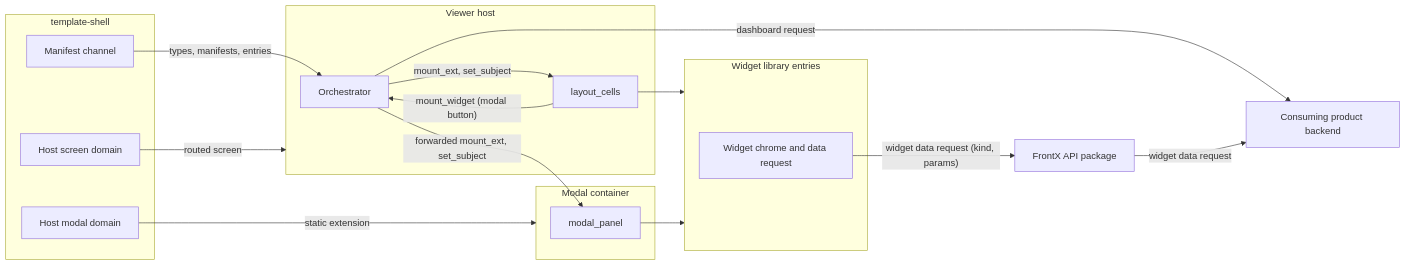
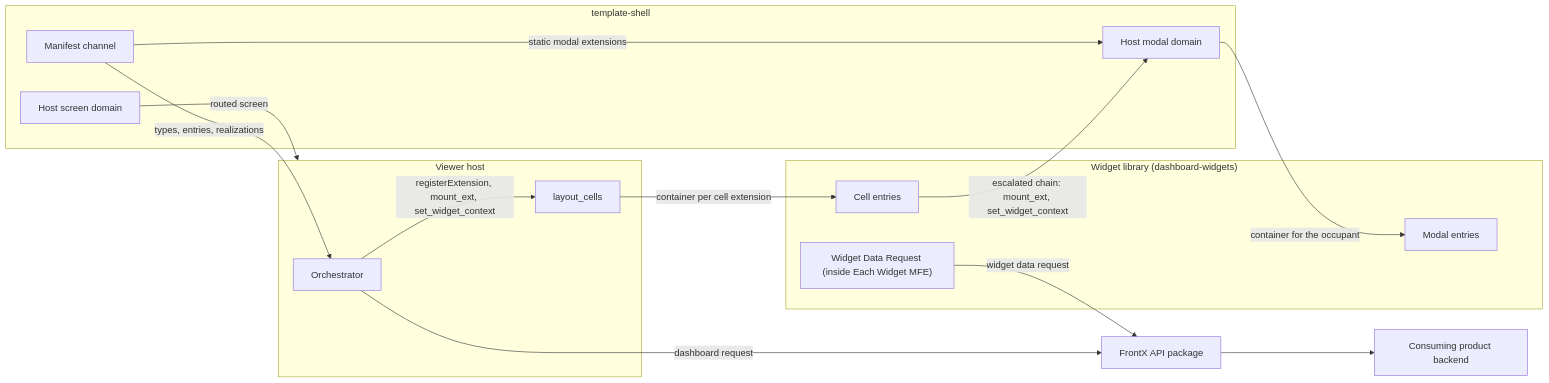
One commit to AndrejK666/gears-frontx-templates changed the second of 8 diagrams in template-dashboard/architecture/DESIGN.md. Above: the diagram before and after it, drawn with Mermaid. The commit also changed other lines of this file and 22 other files, not shown here.

Commit message:
docs(template-dashboard): per-widget metric requests and widget realizations

````diff
--- a/template-dashboard/architecture/DESIGN.md
+++ b/template-dashboard/architecture/DESIGN.md
@@ -358,32 +391,30 @@
 ```mermaid
 graph LR
     subgraph Shell["template-shell"]
         SCR["Host screen domain"]
         POP["Host modal domain"]
         MAN["Manifest channel"]
     end
     subgraph VH["Viewer host"]
         ORC["Orchestrator"]
         LC["layout_cells"]
     end
-    subgraph MC["Modal container"]
-        MPD["modal_panel"]
-    end
-    subgraph WL["Widget library entries"]
-        WC["Widget chrome and data request"]
+    subgraph WL["Widget library (dashboard-widgets)"]
+        CE["Cell entries"]
+        ME["Modal entries"]
+        WC["Widget Data Request (inside Each Widget MFE)"]
     end
     API["FrontX API package"]
     BE["Consuming product backend"]
 
     SCR -- "routed screen" --> VH
-    POP -- "static extension" --> MC
-    ORC -- "dashboard request" --> BE
-    ORC -- "mount_ext, set_subject" --> LC
-    LC -- "mount_widget (modal button)" --> ORC
-    ORC -- "forwarded mount_ext, set_subject" --> MPD
-    LC --> WL
-    MPD --> WL
-    WC -- "widget data request (kind, params)" --> API
-    API -- "widget data request" --> BE
-    MAN -- "types, manifests, entries" --> ORC
+    MAN -- "types, entries, realizations" --> ORC
+    MAN -- "static modal extensions" --> POP
+    ORC -- "registerExtension, mount_ext, set_widget_context" --> LC
+    LC -- "container per cell extension" --> CE
+    CE -- "escalated chain: mount_ext, set_widget_context" --> POP
+    POP -- "container for the occupant" --> ME
+    ORC -- "dashboard request" --> API
+    WC -- "widget data request" --> API
+    API --> BE
 ```
````
